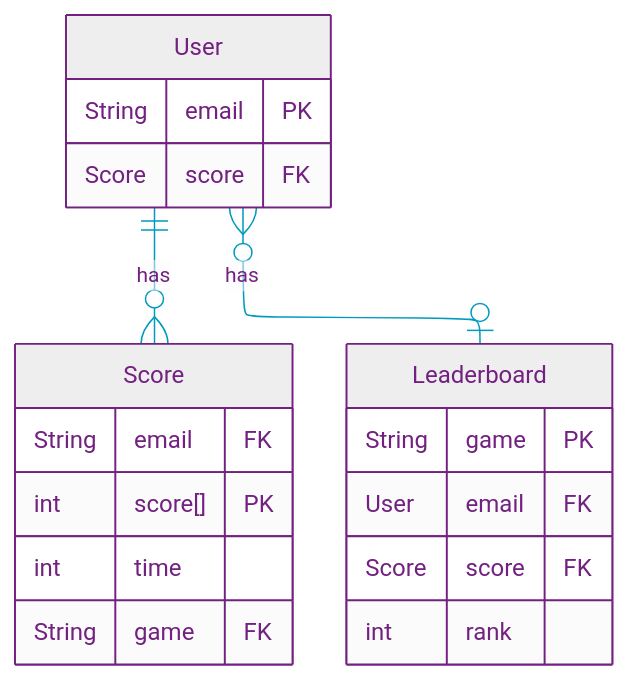
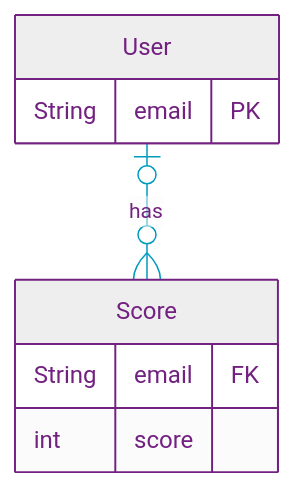
Before and after one commit to null-0ne/COSA-195-Gamehub: the diagram in uml/erd.md, drawn with Mermaid. The commit also changed other lines of this file and 1 other file, not shown here.

Commit message:
Same as last commit, just forgot to save changes before commiting last time

````diff
--- a/uml/erd.md
+++ b/uml/erd.md
@@ -3,35 +3,23 @@
 ```mermaid
 %%{init:{"securityLevel":"loose","layout":"elk","elk":{"nodePlacementStrategy":"NETWORK_SIMPLEX"},"theme":"base",
 "themeVariables":{"primaryColor":"#EEE","primaryTextColor":"#732181","primaryBorderColor":"#732181","lineColor":"#009ABE","noteBorderColor":"#732181","noteBkgColor":"#F38A00","activationBkgColor":"#F38A00"    }
 }}%%
 %%----------------------- MERMAID MARKUP BELOW --------------------%%
 erDiagram
     Score {
       String email FK
-      int score[] PK
-      int time
-      String game FK
+      int score
+
     }
 
-    Leaderboard {
-      String game PK
-      User email FK
-      Score score FK
-      int rank
-    }
-
-    User{
-        String email PK
-        Score score FK
+    User {
+      String email PK
     }
 
 
-
     %% Relationships
-    User }o--o| Leaderboard : "has"
-    User ||--o{ Score : "has"
-
+    User o|--O{ Score : "has"
 
 
 %%----------------------- MERMAID MARKUP ABOVE --------------------%%
 ```
````
